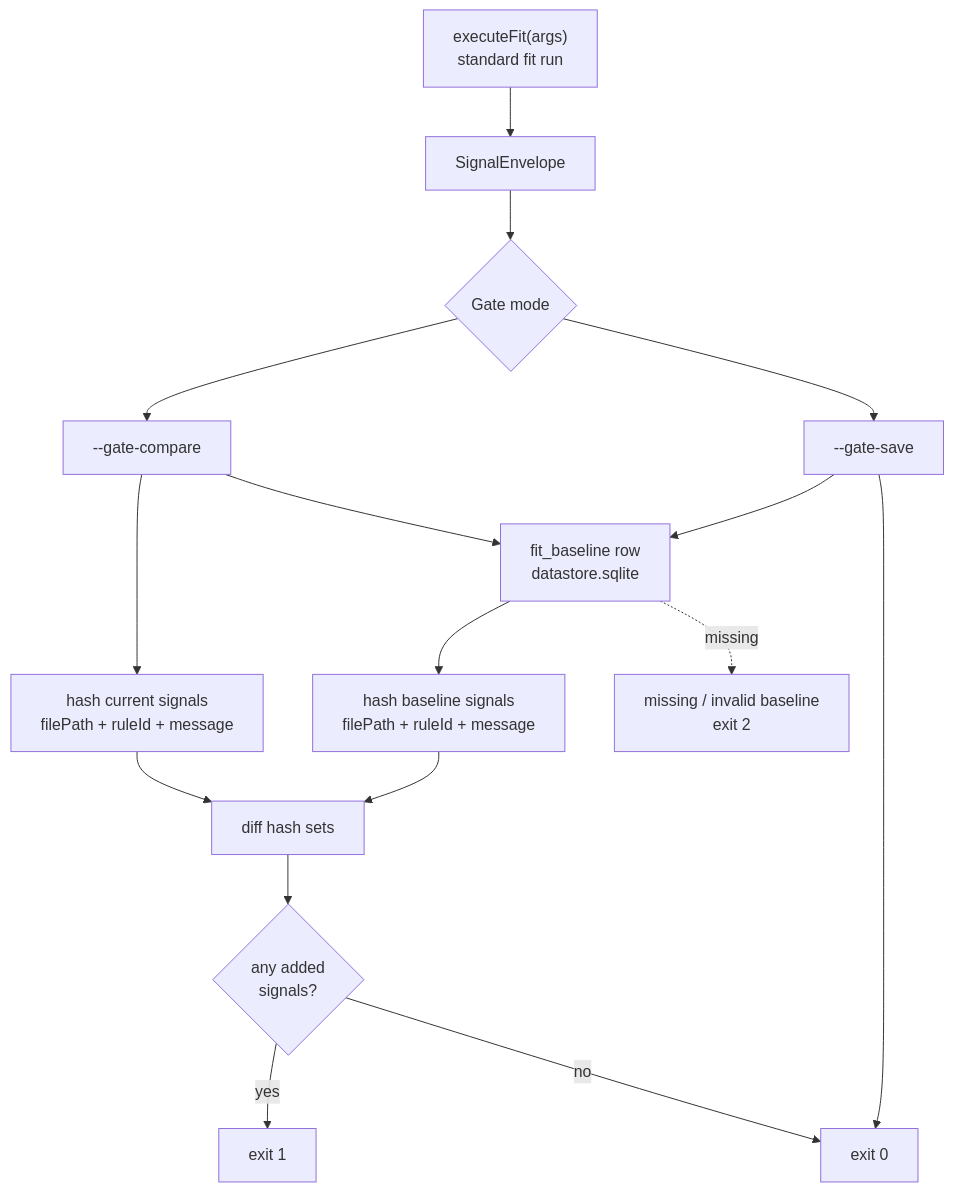
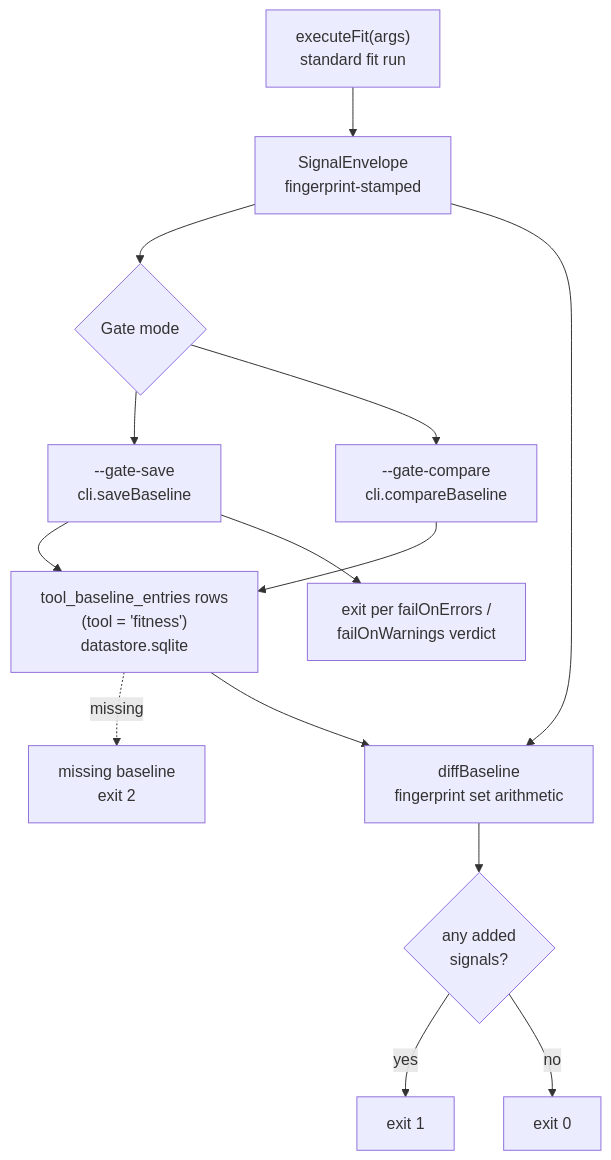
One commit to opensip-ai/opensip-cli changed the diagram in docs/public/10-concepts/05-architecture-gate.md. Above: the diagram before and after it, drawn with Mermaid. The commit also changed other lines of this file and 49 other files, not shown here.

First line of the commit message:
docs: truth pass against ADR-0036/0020/0035/0037 + a docs-freshness CI gate

````diff
--- a/docs/public/10-concepts/05-architecture-gate.md
+++ b/docs/public/10-concepts/05-architecture-gate.md
@@ -68,32 +72,29 @@
 ```mermaid
 flowchart TB
   Run["executeFit(args)<br/>standard fit run"]
-  Envelope["SignalEnvelope"]
+  Envelope["SignalEnvelope<br/>fingerprint-stamped"]
   Mode{"Gate mode"}
-  Save["--gate-save"]
-  Compare["--gate-compare"]
-  Store["fit_baseline row<br/>datastore.sqlite"]
-  Current["hash current signals<br/>filePath + ruleId + message"]
-  Baseline["hash baseline signals<br/>filePath + ruleId + message"]
-  Diff["diff hash sets"]
+  Save["--gate-save<br/>cli.saveBaseline"]
+  Compare["--gate-compare<br/>cli.compareBaseline"]
+  Store["tool_baseline_entries rows<br/>(tool = 'fitness')<br/>datastore.sqlite"]
+  Diff["diffBaseline<br/>fingerprint set arithmetic"]
   Added{"any added<br/>signals?"}
+  Verdict["exit per failOnErrors /<br/>failOnWarnings verdict"]
   Pass["exit 0"]
   Fail["exit 1"]
-  Missing["missing / invalid baseline<br/>exit 2"]
+  Missing["missing baseline<br/>exit 2"]
 
   Run --> Envelope
   Envelope --> Mode
   Mode --> Save
   Save --> Store
-  Save --> Pass
+  Save --> Verdict
   Mode --> Compare
   Compare --> Store
-  Store --> Baseline
   Store -.->|missing| Missing
-  Compare --> Current
-  Baseline --> Diff
-  Current --> Diff
+  Store --> Diff
+  Envelope --> Diff
   Diff --> Added
   Added -- yes --> Fail
   Added -- no --> Pass
 ```
````
